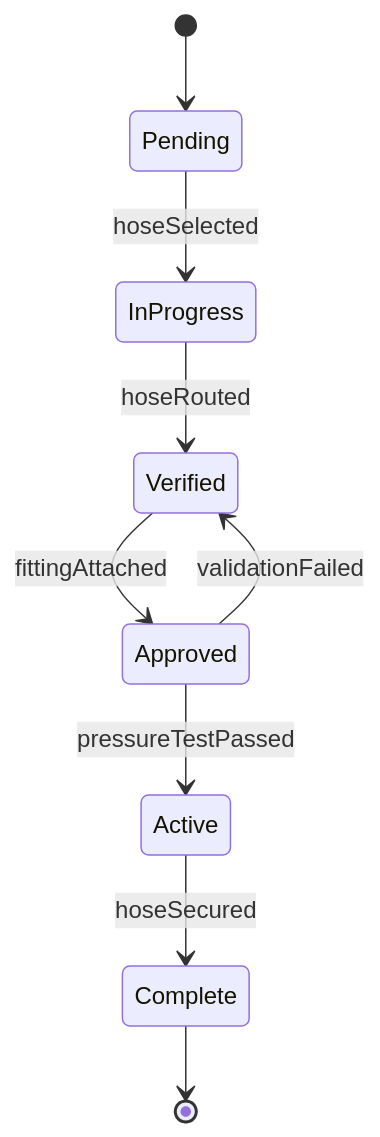
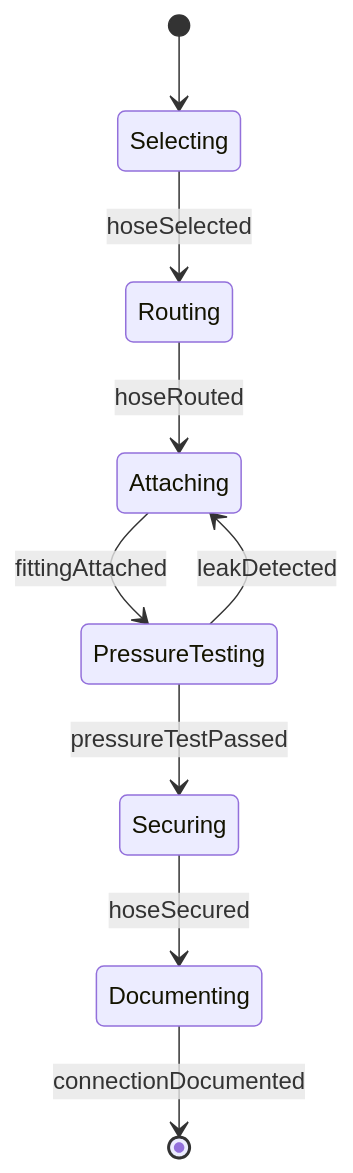
Before and after one commit to dot-org-ai/tasks.org.ai: the second of 4 diagrams in HandlingAndMovingObjects/ConnectComponentsOrSupplyLinesToEquipmentOrTools/ConnectHosesEquipmentMachinery.mdx, drawn with Mermaid. The commit also changed other lines of this file and 515 other files, not shown here.

````diff
--- a/HandlingAndMovingObjects/ConnectComponentsOrSupplyLinesToEquipmentOrTools/ConnectHosesEquipmentMachinery.mdx
+++ b/HandlingAndMovingObjects/ConnectComponentsOrSupplyLinesToEquipmentOrTools/ConnectHosesEquipmentMachinery.mdx
@@ -96,11 +97,11 @@
 ```mermaid
 stateDiagram-v2
-    [*] --> Pending
-    Pending --> InProgress : hoseSelected
-    InProgress --> Verified : hoseRouted
-    Verified --> Approved : fittingAttached
-    Approved --> Active : pressureTestPassed
-    Active --> Complete : hoseSecured
-    Approved --> Verified : validationFailed
-    Complete --> [*]
+    [*] --> Selecting
+    Selecting --> Routing : hoseSelected
+    Routing --> Attaching : hoseRouted
+    Attaching --> PressureTesting : fittingAttached
+    PressureTesting --> Securing : pressureTestPassed
+    Securing --> Documenting : hoseSecured
+    Documenting --> [*] : connectionDocumented
+    PressureTesting --> Attaching : leakDetected
 ```
````
